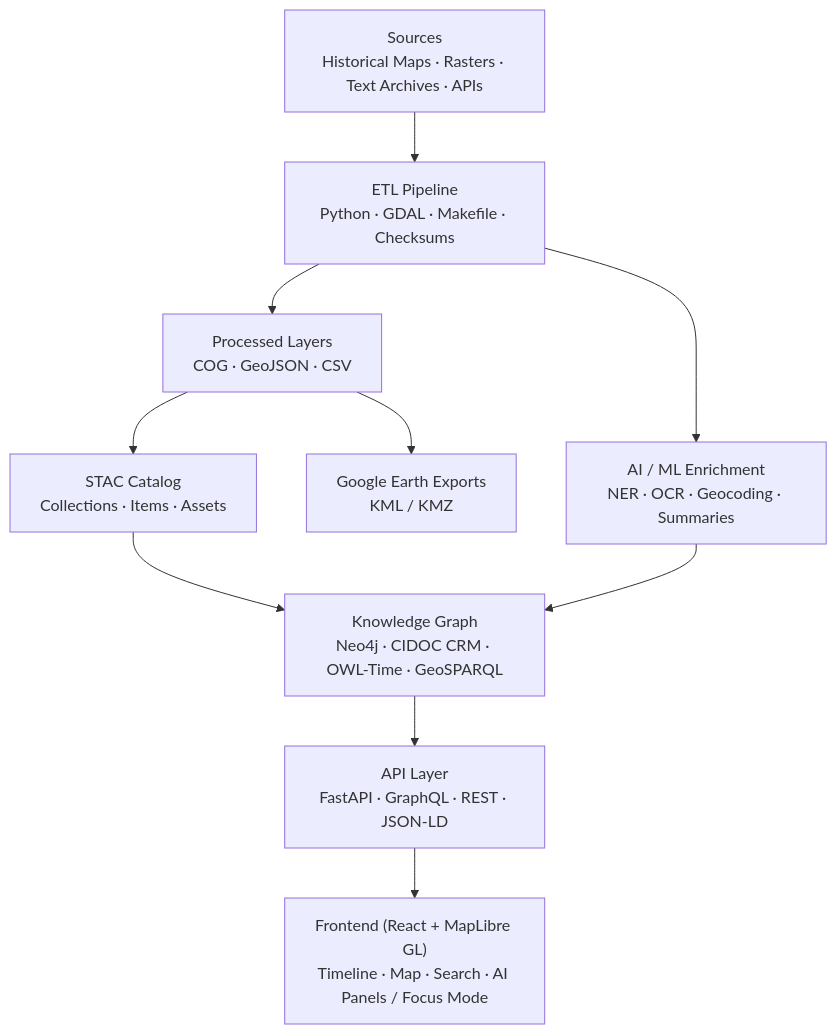
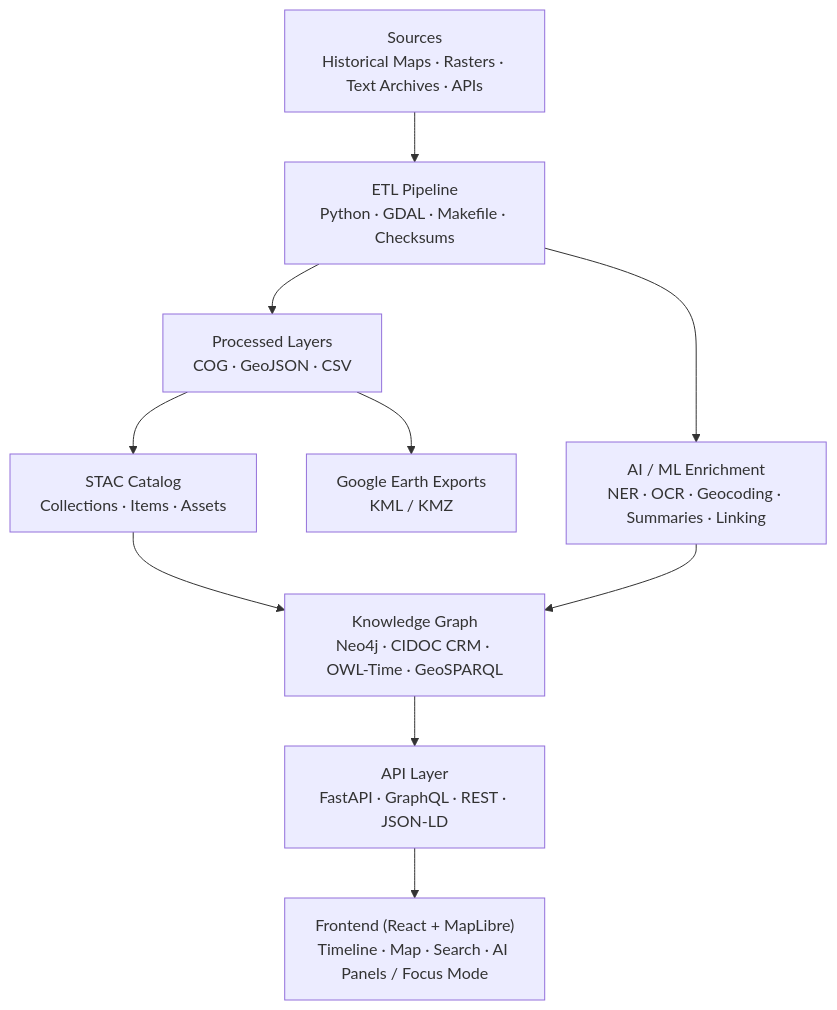
Before and after one commit to bartytime4life/Kansas-Frontier-Matrix: the diagram in ARCHITECTURE.md, drawn with Mermaid. The commit also changed other lines of this file, not shown here.

````diff
--- a/ARCHITECTURE.md
+++ b/ARCHITECTURE.md
@@ -66,14 +101,13 @@
 ```mermaid
 flowchart TD
   A["Sources<br/>Historical Maps · Rasters · Text Archives · APIs"]
     --> B["ETL Pipeline<br/>Python · GDAL · Makefile · Checksums"]
   B --> C["Processed Layers<br/>COG · GeoJSON · CSV"]
-  B --> I["AI / ML Enrichment<br/>NER · OCR · Geocoding · Summaries"]
+  B --> I["AI / ML Enrichment<br/>NER · OCR · Geocoding · Summaries · Linking"]
   C --> D["STAC Catalog<br/>Collections · Items · Assets"]
   D --> H["Knowledge Graph<br/>Neo4j · CIDOC CRM · OWL-Time · GeoSPARQL"]
   I --> H
   H --> J["API Layer<br/>FastAPI · GraphQL · REST · JSON-LD"]
-  J --> F["Frontend (React + MapLibre GL)<br/>Timeline · Map · Search · AI Panels / Focus Mode"]
+  J --> F["Frontend (React + MapLibre)<br/>Timeline · Map · Search · AI Panels / Focus Mode"]
   C --> K["Google Earth Exports<br/>KML / KMZ"]
-%% END OF MERMAID
 ```
````
